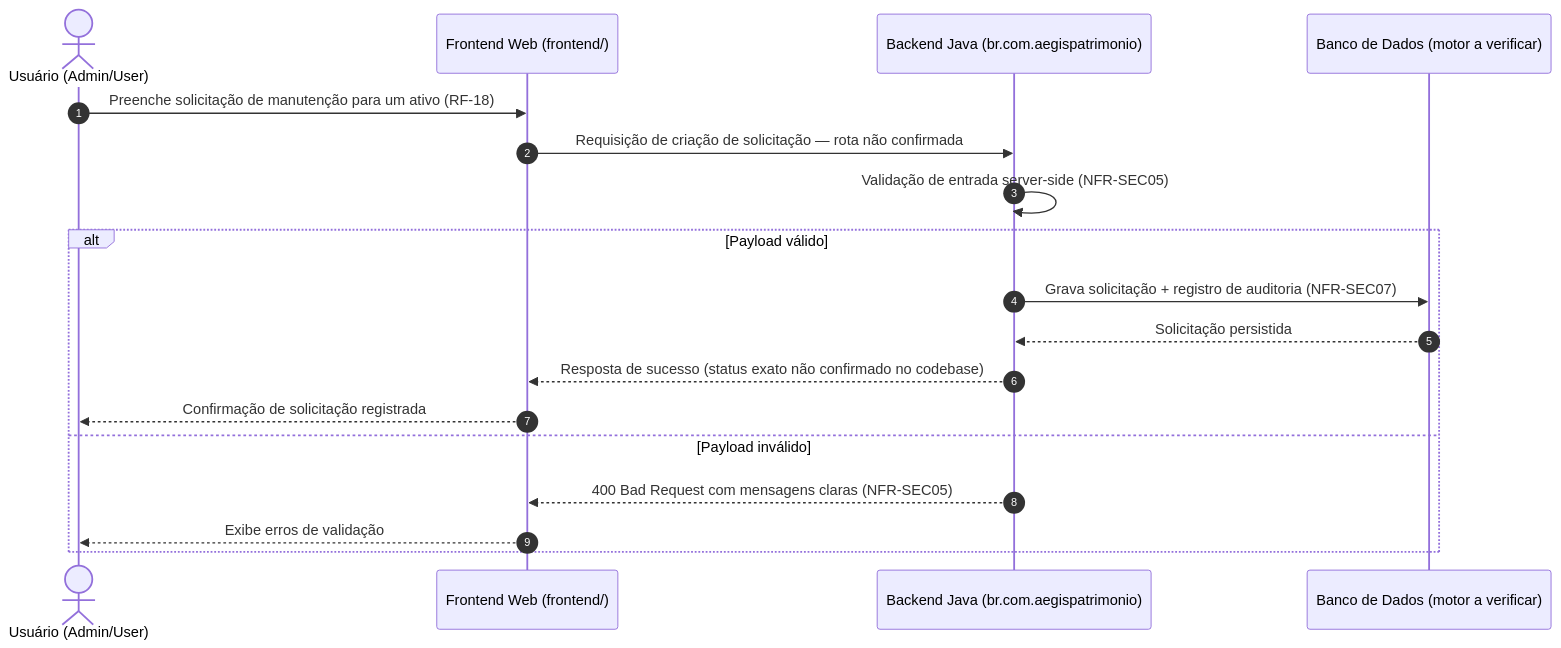
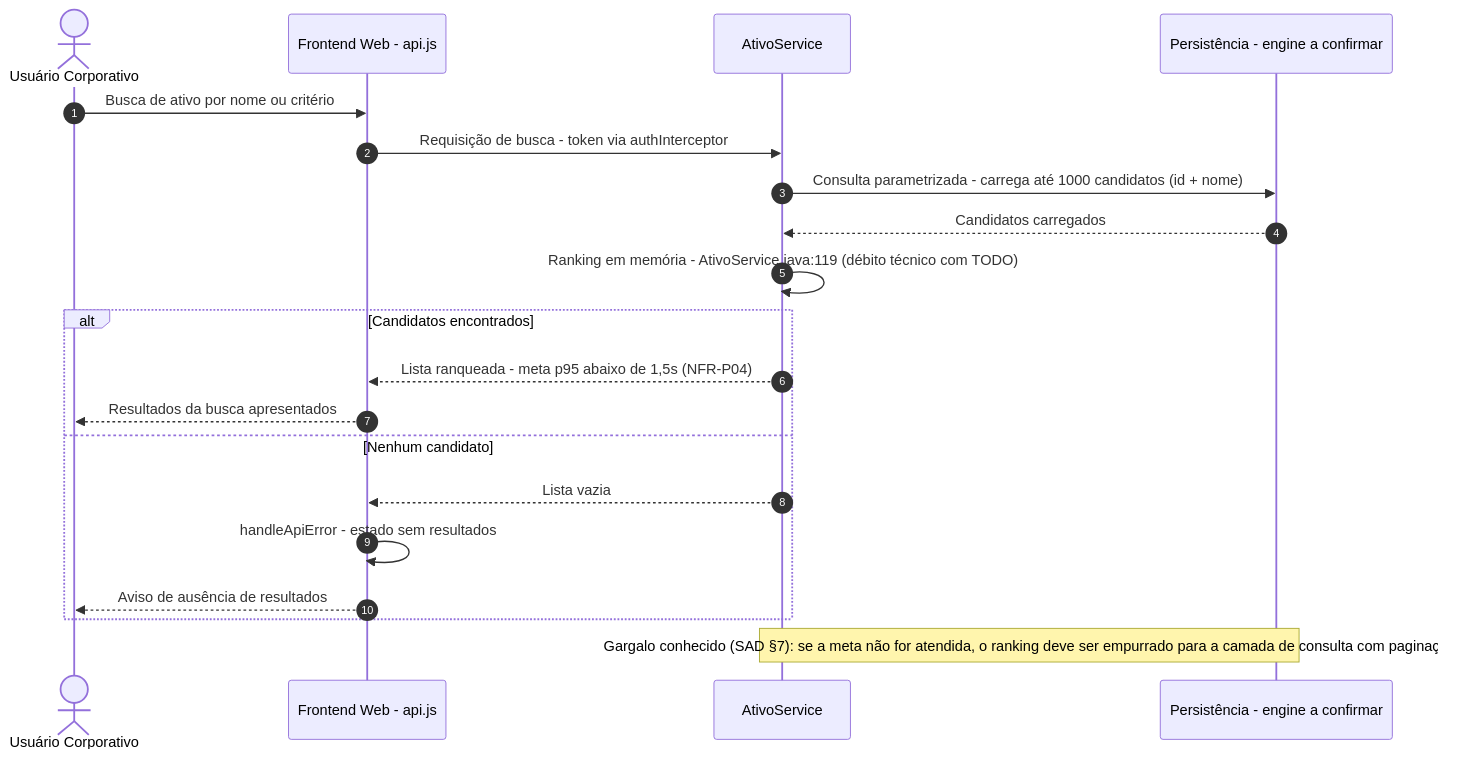
One commit to diogo-rp-menezes/aegispatrimonio changed the fourth of 10 diagrams in docs/03-architecture/uml-diagrams.md. Above: the diagram before and after it, drawn with Mermaid. The commit also changed other lines of this file and 49 other files, not shown here.

````diff
--- a/docs/03-architecture/uml-diagrams.md
+++ b/docs/03-architecture/uml-diagrams.md
@@ -142,21 +119,23 @@
 ```mermaid
 sequenceDiagram
     autonumber
-    actor Usuario as Usuário (Admin/User)
-    participant FE as Frontend Web (frontend/)
-    participant API as Backend Java (br.com.aegispatrimonio)
-    participant DB as Banco de Dados (motor a verificar)
+    actor Usuario as Usuário Corporativo
+    participant FE as Frontend Web - api.js
+    participant SVC as AtivoService
+    participant DB as Persistência - engine a confirmar
 
-    Usuario->>FE: Preenche solicitação de manutenção para um ativo (RF-18)
-    FE->>API: Requisição de criação de solicitação — rota não confirmada
-    API->>API: Validação de entrada server-side (NFR-SEC05)
-    alt Payload válido
-        API->>DB: Grava solicitação + registro de auditoria (NFR-SEC07)
-        DB-->>API: Solicitação persistida
-        API-->>FE: Resposta de sucesso (status exato não confirmado no codebase)
-        FE-->>Usuario: Confirmação de solicitação registrada
-    else Payload inválido
-        API-->>FE: 400 Bad Request com mensagens claras (NFR-SEC05)
-        FE-->>Usuario: Exibe erros de validação
+    Usuario->>FE: Busca de ativo por nome ou critério
+    FE->>SVC: Requisição de busca - token via authInterceptor
+    SVC->>DB: Consulta parametrizada - carrega até 1000 candidatos (id + nome)
+    DB-->>SVC: Candidatos carregados
+    SVC->>SVC: Ranking em memória - AtivoService.java:119 (débito técnico com TODO)
+    alt Candidatos encontrados
+        SVC-->>FE: Lista ranqueada - meta p95 abaixo de 1,5s (NFR-P04)
+        FE-->>Usuario: Resultados da busca apresentados
+    else Nenhum candidato
+        SVC-->>FE: Lista vazia
+        FE->>FE: handleApiError - estado sem resultados
+        FE-->>Usuario: Aviso de ausência de resultados
     end
+    Note over SVC,DB: Gargalo conhecido (SAD §7): se a meta não for atendida, o ranking deve ser empurrado para a camada de consulta com paginação
 ```
````
